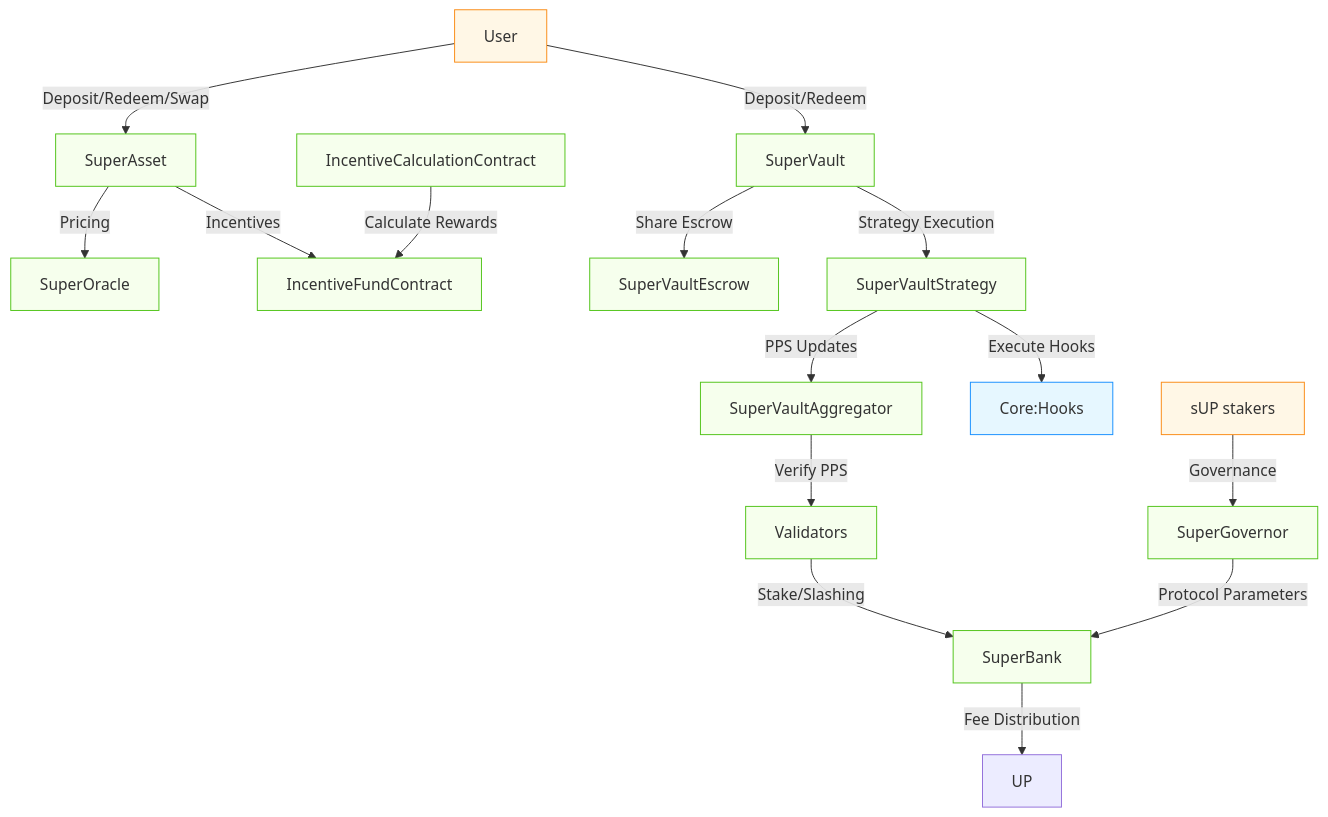
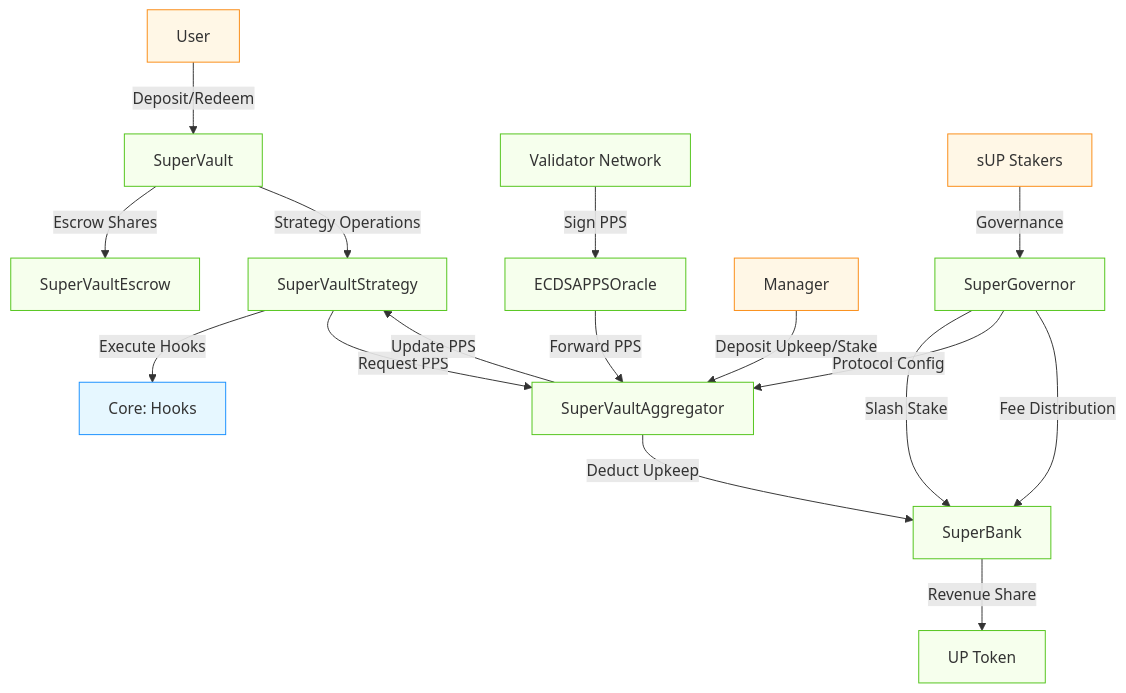
Before and after one commit to superform-xyz/v2-periphery: the diagram in README.md, drawn with Mermaid. The commit also changed other lines of this file and 1 other file, not shown here.

````diff
--- a/README.md
+++ b/README.md
@@ -35,25 +35,29 @@
 ```mermaid
 graph TD
-    User[User] -->|Deposit/Redeem/Swap| SuperAsset[SuperAsset]
-    User -->|Deposit/Redeem| SuperVault[SuperVault]
-    SuperAsset -->|Pricing| SuperOracle[SuperOracle]
-    SuperAsset -->|Incentives| IncentiveFundContract[IncentiveFundContract]
-    IncentiveCalculationContract[IncentiveCalculationContract] -->|Calculate Rewards| IncentiveFundContract
-    SuperVault -->|Share Escrow| SuperVaultEscrow[SuperVaultEscrow]
-    SuperVault -->|Strategy Execution| SuperVaultStrategy[SuperVaultStrategy]
-    SuperVaultStrategy -->|PPS Updates| SuperVaultAggregator[SuperVaultAggregator]
-    SuperVaultAggregator -->|Verify PPS| Validators[Validators]
-    Validators -->|Stake/Slashing| SuperBank[SuperBank]
-    SuperVaultStrategy -->|Execute Hooks| SuperExecutor[Core:Hooks]
-    sUP[sUP stakers] -->|Governance| SuperGovernor[SuperGovernor]
-    SuperGovernor -->|Protocol Parameters| SuperBank
-    SuperBank -->|Fee Distribution| UPStakers[UP]
+    User[User] -->|Deposit/Redeem| SuperVault[SuperVault]
+    SuperVault -->|Escrow Shares| SuperVaultEscrow[SuperVaultEscrow]
+    SuperVault -->|Strategy Operations| SuperVaultStrategy[SuperVaultStrategy]
+    SuperVaultStrategy -->|Execute Hooks| Hooks[Core: Hooks]
+    SuperVaultStrategy -->|Request PPS| SuperVaultAggregator[SuperVaultAggregator]
+    
+    Validators[Validator Network] -->|Sign PPS| ECDSAPPSOracle[ECDSAPPSOracle]
+    ECDSAPPSOracle -->|Forward PPS| SuperVaultAggregator
+    SuperVaultAggregator -->|Update PPS| SuperVaultStrategy
+    
+    Manager[Manager] -->|Deposit Upkeep/Stake| SuperVaultAggregator
+    SuperVaultAggregator -->|Deduct Upkeep| SuperBank[SuperBank]
+    SuperGovernor[SuperGovernor] -->|Slash Stake| SuperBank
+    
+    sUP[sUP Stakers] -->|Governance| SuperGovernor
+    SuperGovernor -->|Protocol Config| SuperVaultAggregator
+    SuperGovernor -->|Fee Distribution| SuperBank
+    SuperBank -->|Revenue Share| UP[UP Token]
     
     classDef core fill:#e6f7ff,stroke:#1890ff
     classDef periphery fill:#f6ffed,stroke:#52c41a
     classDef user fill:#fff7e6,stroke:#fa8c16
     
-    class User,sUP user
-    class SuperExecutor,BridgeAdapter core
-    class SuperAsset,SuperVault,SuperOracle,IncentiveFundContract,IncentiveCalculationContract,SuperVaultEscrow,SuperVaultStrategy,SuperVaultAggregator,Validators,SuperBank,SuperGovernor,SuperAssetFactory,VaultBank periphery
+    class User,sUP,Manager user
+    class Hooks core
+    class SuperVault,SuperVaultEscrow,SuperVaultStrategy,SuperVaultAggregator,ECDSAPPSOracle,Validators,SuperBank,SuperGovernor,UP periphery
 ```
````
